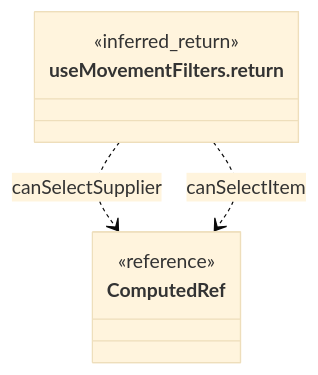
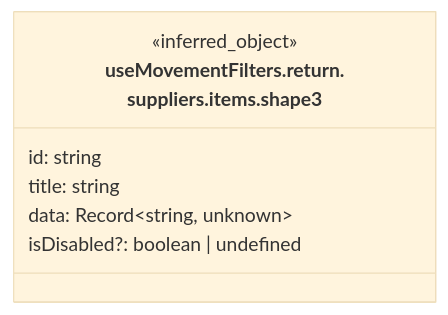
Diagram 14 of 27 in front/docs/architecture/views/logical/type-reference/movements.md (gpgsistemas01/nexus), drawn with Mermaid (base theme) before and after one commit. The commit also changed other lines of this file and 37 other files, not shown here.

Commit message:
docs: depurar diagramas y conservar contratos propios del frontend

````diff
--- a/front/docs/architecture/views/logical/type-reference/movements.md
+++ b/front/docs/architecture/views/logical/type-reference/movements.md
@@ -458,12 +496,11 @@
 ```mermaid
 classDiagram
-    direction TB
-    class Subject["useMovementFilters.return"] {
-        <<inferred_return>>
+    direction LR
+    class Subject["useMovementFilters.return.<br/>suppliers.items.shape3"] {
+        <<inferred_object>>
+        id: string
+        title: string
+        data: Record~string, unknown~
+        isDisabled?: boolean | undefined
     }
-    class R0["ComputedRef"] {
-        <<reference>>
-    }
-    Subject ..> R0 : canSelectSupplier
-    Subject ..> R0 : canSelectItem
 ```
````
